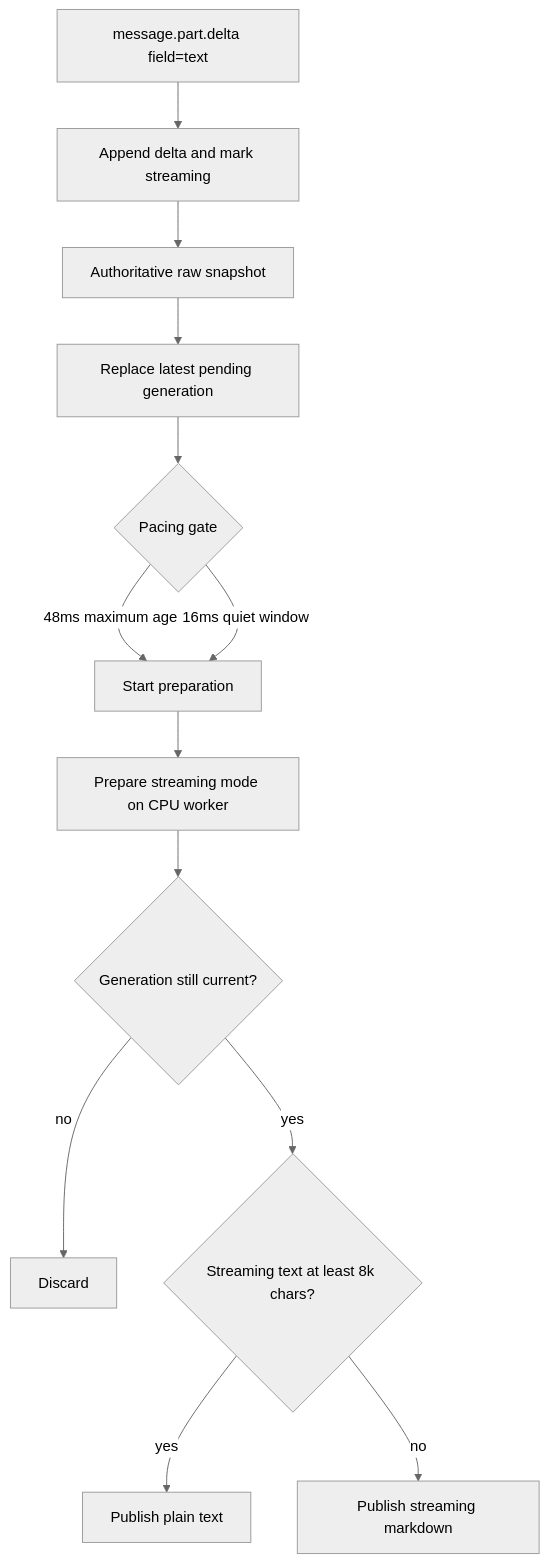
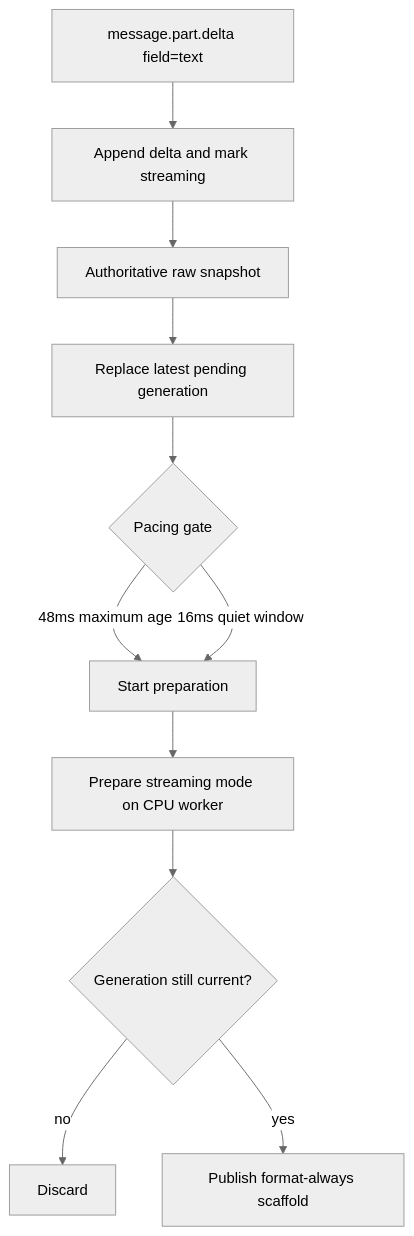
One commit to opencode-mobile/opencode-mobile changed the fifth of 5 diagrams in docs/features/message-store/assistant-message-pipeline.md. Above: the diagram before and after it, drawn with Mermaid (neutral theme). The commit also changed other lines of this file and 21 other files, not shown here.

First line of the commit message:
fix: preserve TextMate upgrade metadata and align streaming decoration targets

````diff
--- a/docs/features/message-store/assistant-message-pipeline.md
+++ b/docs/features/message-store/assistant-message-pipeline.md
@@ -219,15 +219,13 @@
 ```mermaid
 flowchart TD
   SSE[message.part.delta field=text] --> Store[Append delta and mark streaming]
   Store --> Snapshot[Authoritative raw snapshot]
   Snapshot --> Intake[Replace latest pending generation]
   Intake --> Gate{Pacing gate}
   Gate -->|48ms maximum age| Start[Start preparation]
   Gate -->|16ms quiet window| Start
   Start --> Worker[Prepare streaming mode on CPU worker]
   Worker --> Current{Generation still current?}
   Current -->|no| Drop[Discard]
-  Current -->|yes| Limit{Streaming text at least 8k chars?}
-  Limit -->|yes| Plain[Publish plain text]
-  Limit -->|no| Markdown[Publish streaming markdown]
+  Current -->|yes| Scaffold[Publish format-always scaffold]
 ```
````
